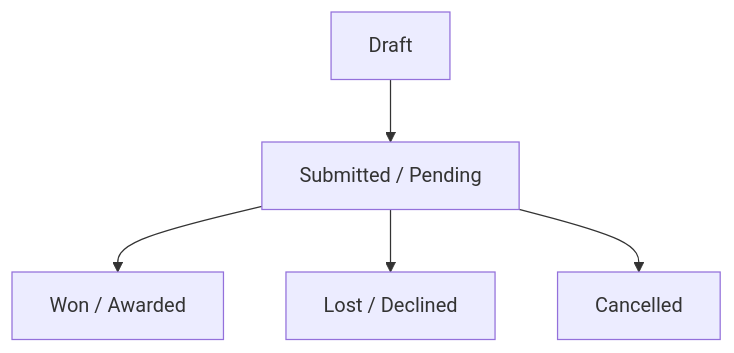
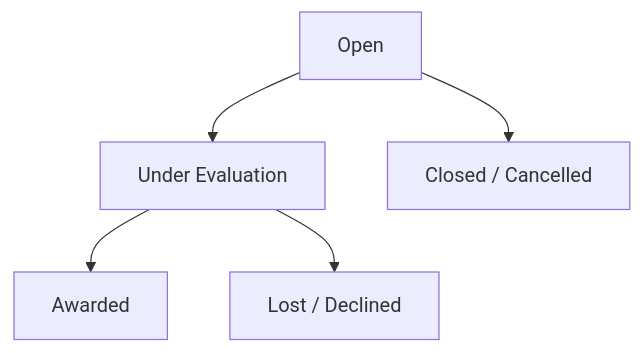
The diagram in apps/docs/src/content/docs/workflows/tenders-management.md (jchademwiri/pmg-tracker-360), drawn with Mermaid before and after one commit. The commit also changed other lines of this file and 17 other files, not shown here.

````diff
--- a/apps/docs/src/content/docs/workflows/tenders-management.md
+++ b/apps/docs/src/content/docs/workflows/tenders-management.md
@@ -29,7 +29,7 @@
 ```mermaid
 graph TD
-    Draft[Draft] --> Submitted[Submitted / Pending]
-    Submitted --> Won[Won / Awarded]
-    Submitted --> Lost[Lost / Declined]
-    Submitted --> Cancelled[Cancelled]
+    Open[Open] --> Evaluation[Under Evaluation]
+    Evaluation --> Awarded[Awarded]
+    Evaluation --> Lost[Lost / Declined]
+    Open --> Closed[Closed / Cancelled]
 ```
````
